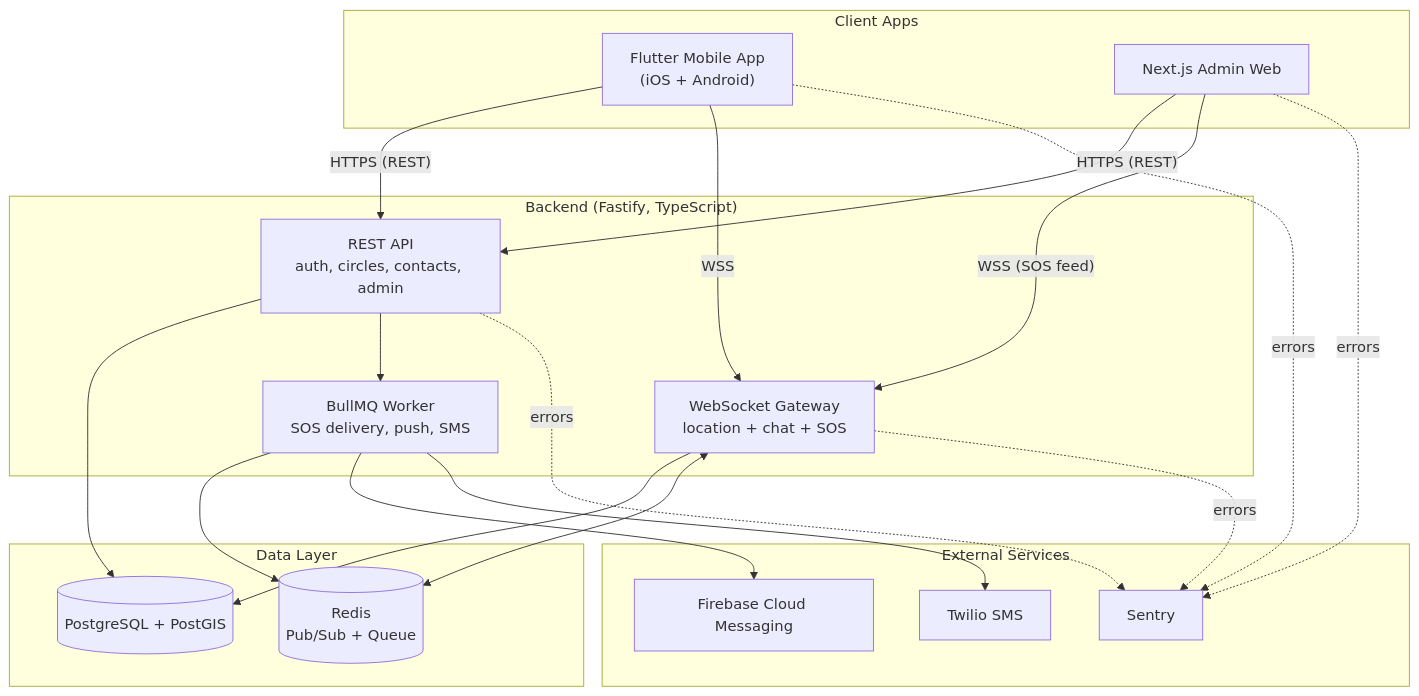
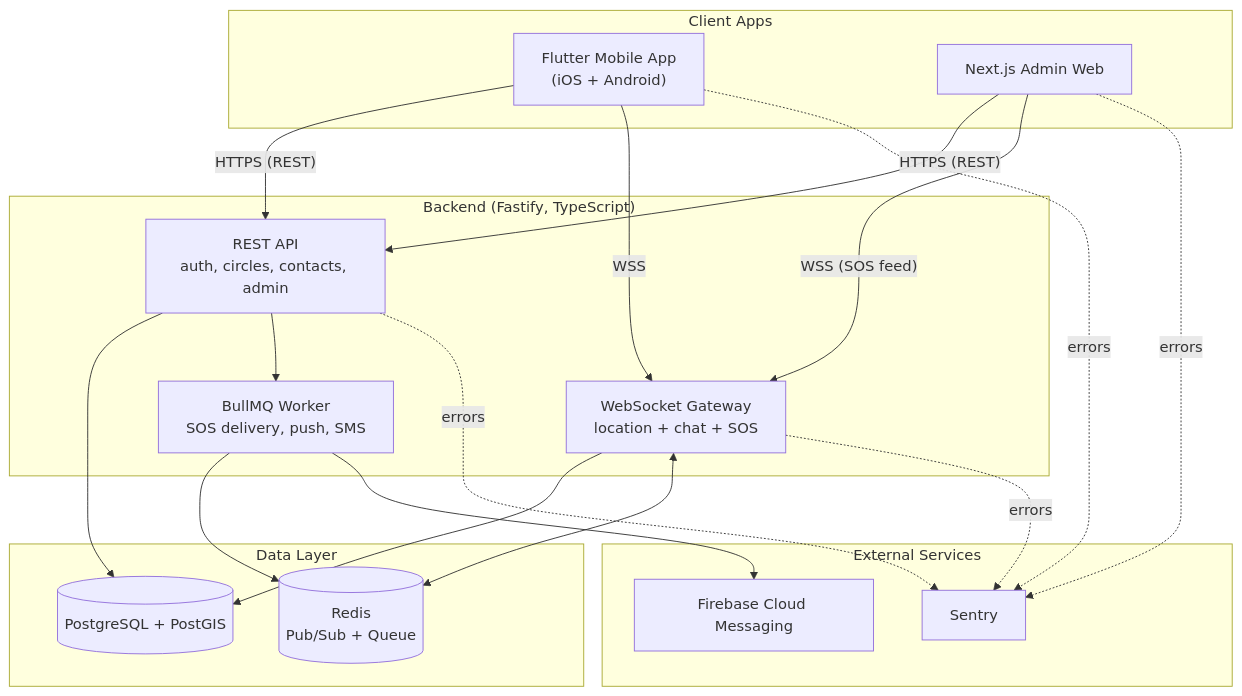
Before and after one commit to Methexx/FindFam: the diagram in docs/01-system-architecture.md, drawn with Mermaid. The commit also changed other lines of this file and 11 other files, not shown here.

````diff
--- a/docs/01-system-architecture.md
+++ b/docs/01-system-architecture.md
@@ -8,42 +8,40 @@
 ```mermaid
 flowchart TB
     subgraph Client["Client Apps"]
         Mobile["Flutter Mobile App\n(iOS + Android)"]
         AdminWeb["Next.js Admin Web"]
     end
 
     subgraph Backend["Backend (Fastify, TypeScript)"]
         API["REST API\nauth, circles, contacts, admin"]
         WS["WebSocket Gateway\nlocation + chat + SOS"]
         Queue["BullMQ Worker\nSOS delivery, push, SMS"]
     end
 
     subgraph Data["Data Layer"]
         PG[("PostgreSQL + PostGIS")]
         Redis[("Redis\nPub/Sub + Queue")]
     end
 
     subgraph External["External Services"]
         FCM["Firebase Cloud Messaging"]
-        Twilio["Twilio SMS"]
         Sentry["Sentry"]
     end
 
     Mobile -- "HTTPS (REST)" --> API
     Mobile -- "WSS" --> WS
     AdminWeb -- "HTTPS (REST)" --> API
     AdminWeb -- "WSS (SOS feed)" --> WS
 
     API --> PG
     WS --> PG
     WS <--> Redis
     API --> Queue
     Queue --> Redis
     Queue --> FCM
-    Queue --> Twilio
 
     API -.errors.-> Sentry
     WS -.errors.-> Sentry
     Mobile -.errors.-> Sentry
     AdminWeb -.errors.-> Sentry
 ```
````
